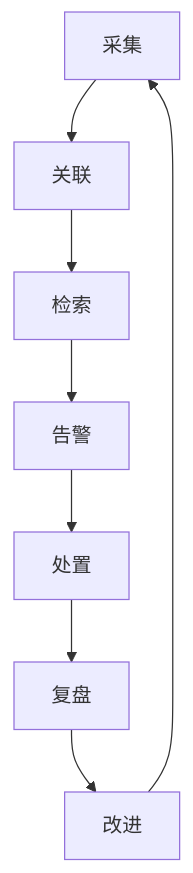
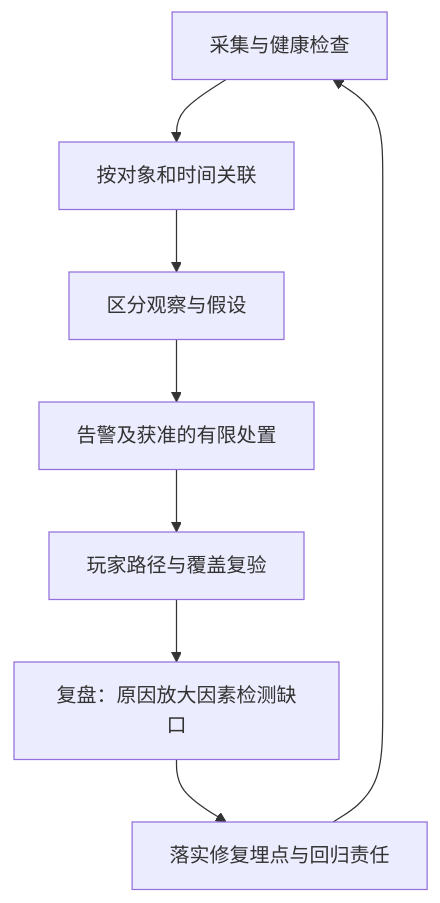
The fourth of 4 diagrams in 知识/08-工程实践与质量/部署运维与可观测性/04-DS日志崩溃与可观测性实战.md (fantuan812/learning), drawn with Mermaid before and after one commit. The commit also changed other lines of this file and 2 other files, not shown here.

````diff
--- a/知识/08-工程实践与质量/部署运维与可观测性/04-DS日志崩溃与可观测性实战.md
+++ b/知识/08-工程实践与质量/部署运维与可观测性/04-DS日志崩溃与可观测性实战.md
@@ -217,10 +227,10 @@
 ```mermaid
 flowchart TB
-    A[采集] --> B[关联]
-    B --> C[检索]
-    C --> D[告警]
-    D --> E[处置]
-    E --> F[复盘]
-    F --> G[改进]
+    A[采集与健康检查] --> B[按对象和时间关联]
+    B --> C[区分观察与假设]
+    C --> D[告警及获准的有限处置]
+    D --> E[玩家路径与覆盖复验]
+    E --> F[复盘：原因放大因素检测缺口]
+    F --> G[落实修复埋点与回归责任]
     G --> A
 ```
````
